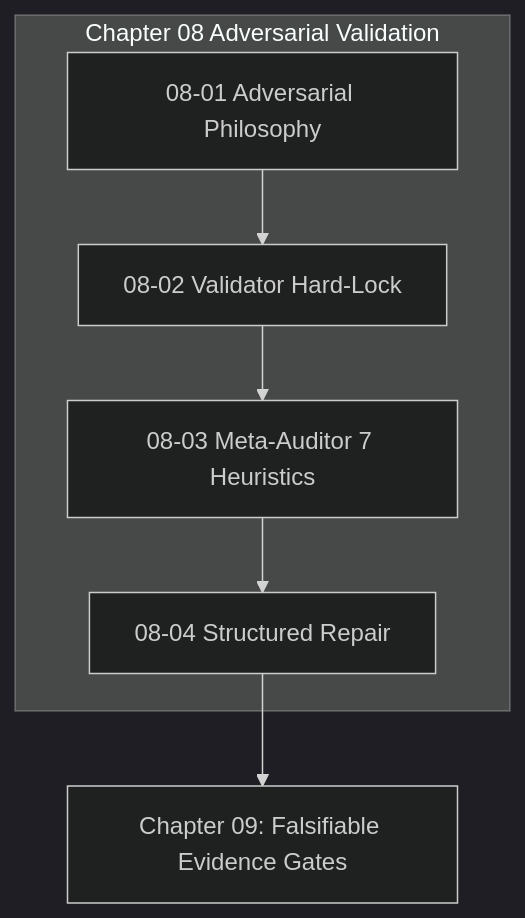
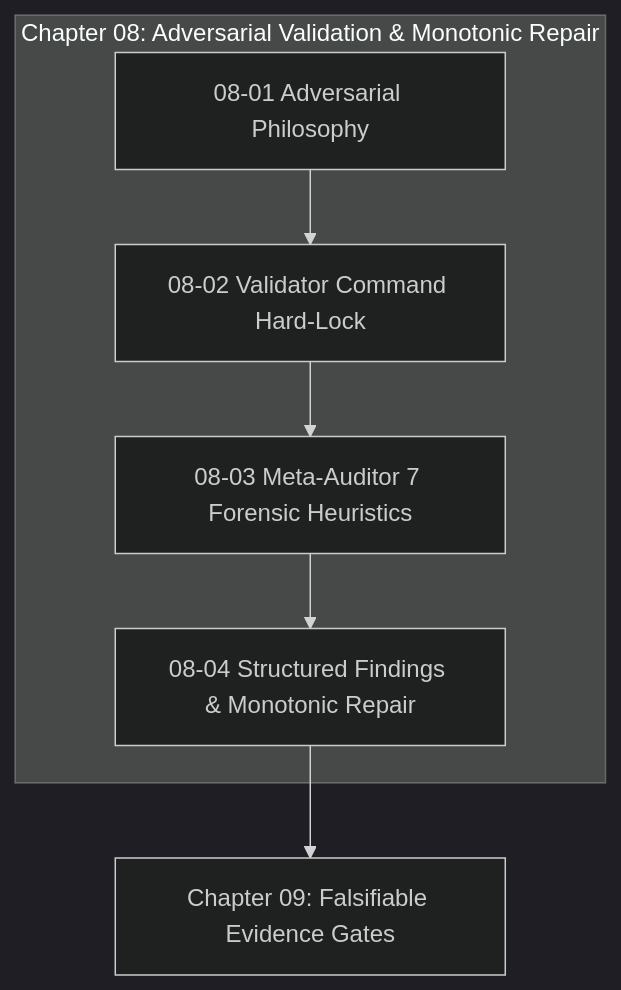
Before and after one commit to onurseckin/skills: the diagram in docs/olt/architecture/08-adversarial-validation-repair/index.md, drawn with Mermaid (dark theme). The commit also changed other lines of this file and 163 other files, not shown here.

````diff
--- a/docs/olt/architecture/08-adversarial-validation-repair/index.md
+++ b/docs/olt/architecture/08-adversarial-validation-repair/index.md
@@ -79,9 +125,9 @@
 ```mermaid
 graph TD
-    subgraph "Chapter 08 Adversarial Validation"
-        A[08-01 Adversarial Philosophy] --> B[08-02 Validator Hard-Lock]
-        B --> C[08-03 Meta-Auditor 7 Heuristics]
-        C --> D[08-04 Structured Repair]
+    subgraph Chapter08 ["Chapter 08: Adversarial Validation & Monotonic Repair"]
+        A[08-01 Adversarial Philosophy] --> B[08-02 Validator Command Hard-Lock]
+        B --> C[08-03 Meta-Auditor 7 Forensic Heuristics]
+        C --> D[08-04 Structured Findings & Monotonic Repair]
     end
     D --> E["Chapter 09: Falsifiable Evidence Gates"]
 ```
````
